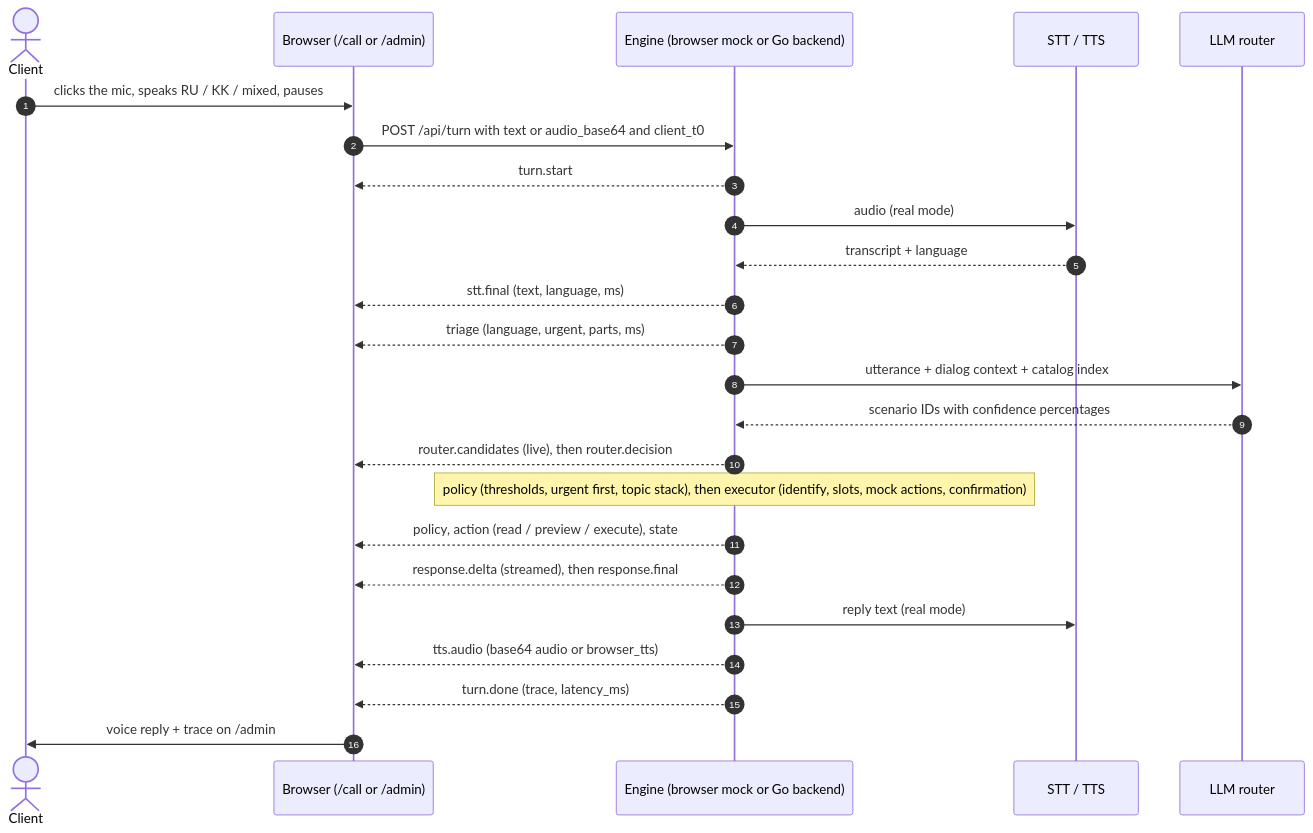
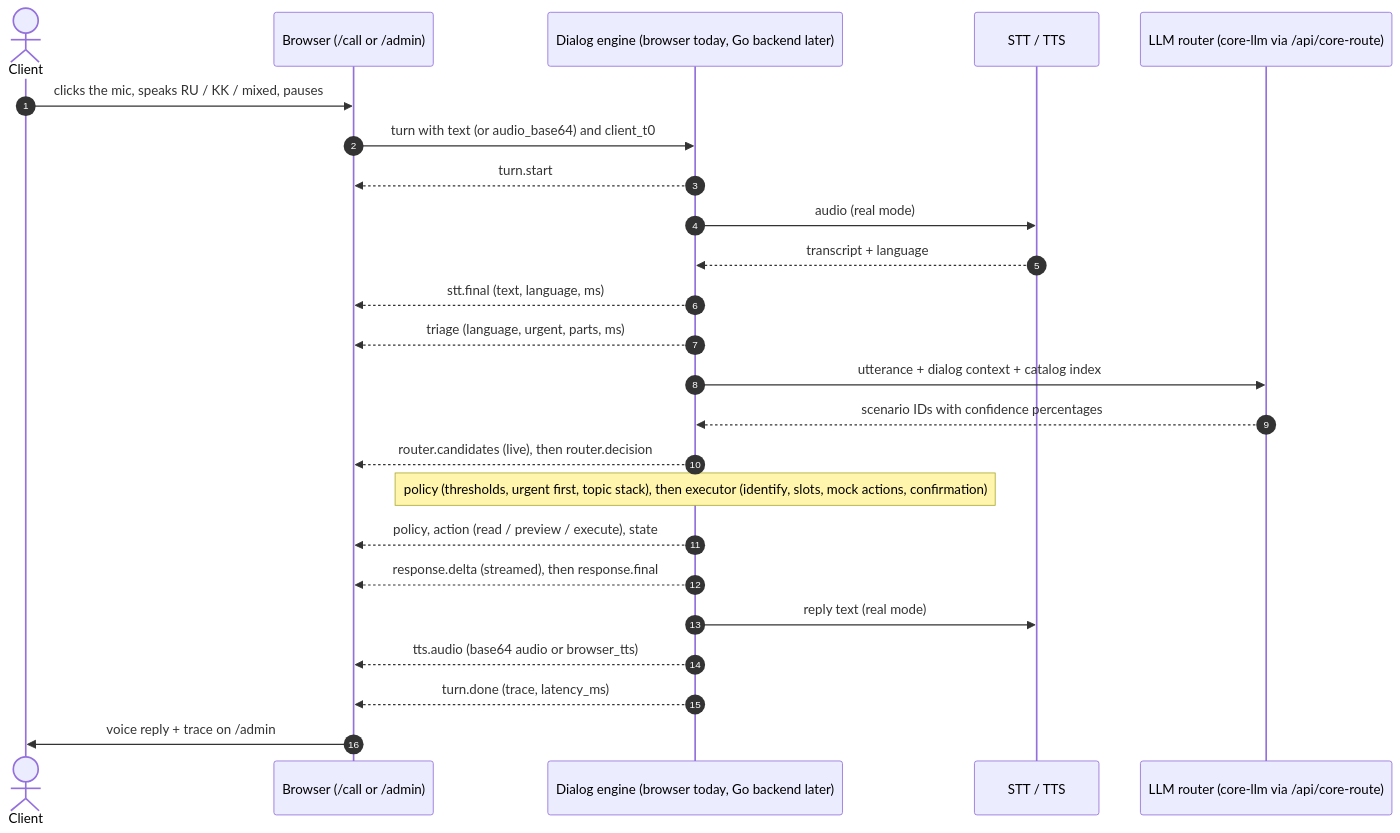
Before and after one commit to BAITC-Hacks/hack-9dd7b5f3-plus: the second of 6 diagrams in README.md, drawn with Mermaid. The commit also changed other lines of this file and 7 other files, not shown here.

````diff
--- a/README.md
+++ b/README.md
@@ -260,26 +281,26 @@
 ```mermaid
 sequenceDiagram
   autonumber
   actor C as Client
   participant UI as Browser (/call or /admin)
-  participant E as Engine (browser mock or Go backend)
+  participant E as Dialog engine (browser today, Go backend later)
   participant S as STT / TTS
-  participant L as LLM router
+  participant L as LLM router (core-llm via /api/core-route)
   C->>UI: clicks the mic, speaks RU / KK / mixed, pauses
-  UI->>E: POST /api/turn with text or audio_base64 and client_t0
+  UI->>E: turn with text (or audio_base64) and client_t0
   E-->>UI: turn.start
   E->>S: audio (real mode)
   S-->>E: transcript + language
   E-->>UI: stt.final (text, language, ms)
   E-->>UI: triage (language, urgent, parts, ms)
   E->>L: utterance + dialog context + catalog index
   L-->>E: scenario IDs with confidence percentages
   E-->>UI: router.candidates (live), then router.decision
   Note over E: policy (thresholds, urgent first, topic stack), then executor (identify, slots, mock actions, confirmation)
   E-->>UI: policy, action (read / preview / execute), state
   E-->>UI: response.delta (streamed), then response.final
   E->>S: reply text (real mode)
   E-->>UI: tts.audio (base64 audio or browser_tts)
   E-->>UI: turn.done (trace, latency_ms)
   UI->>C: voice reply + trace on /admin
 ```
````
